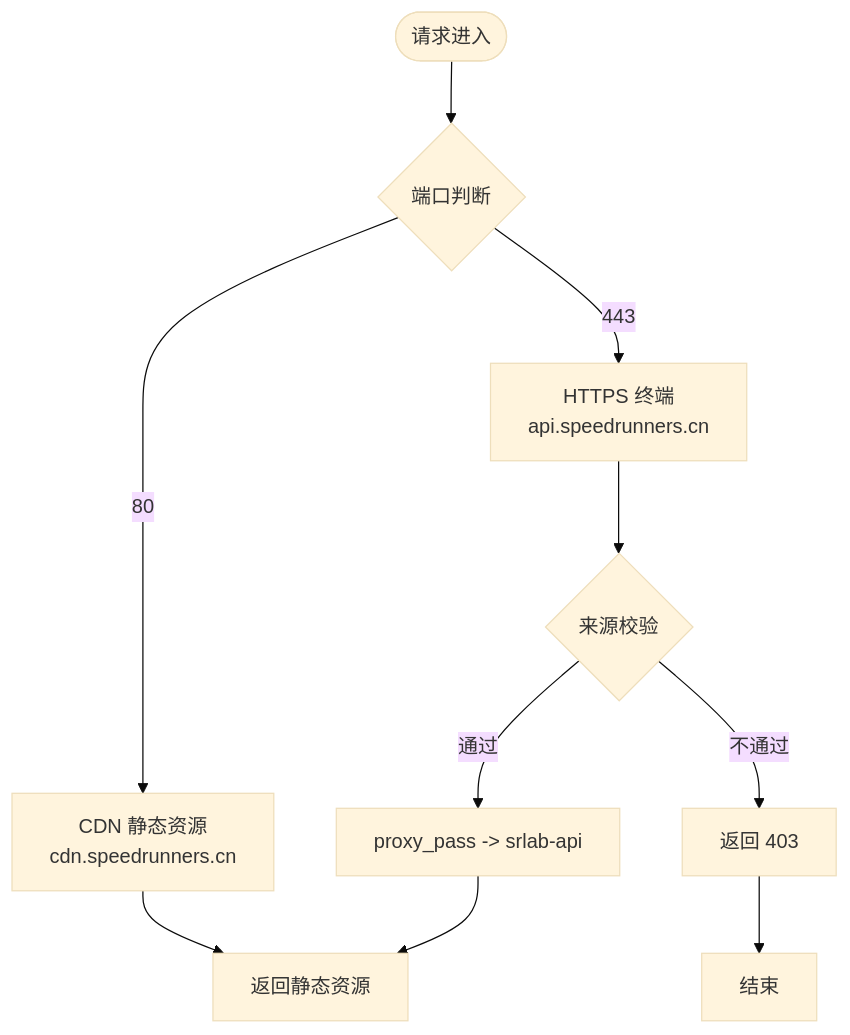
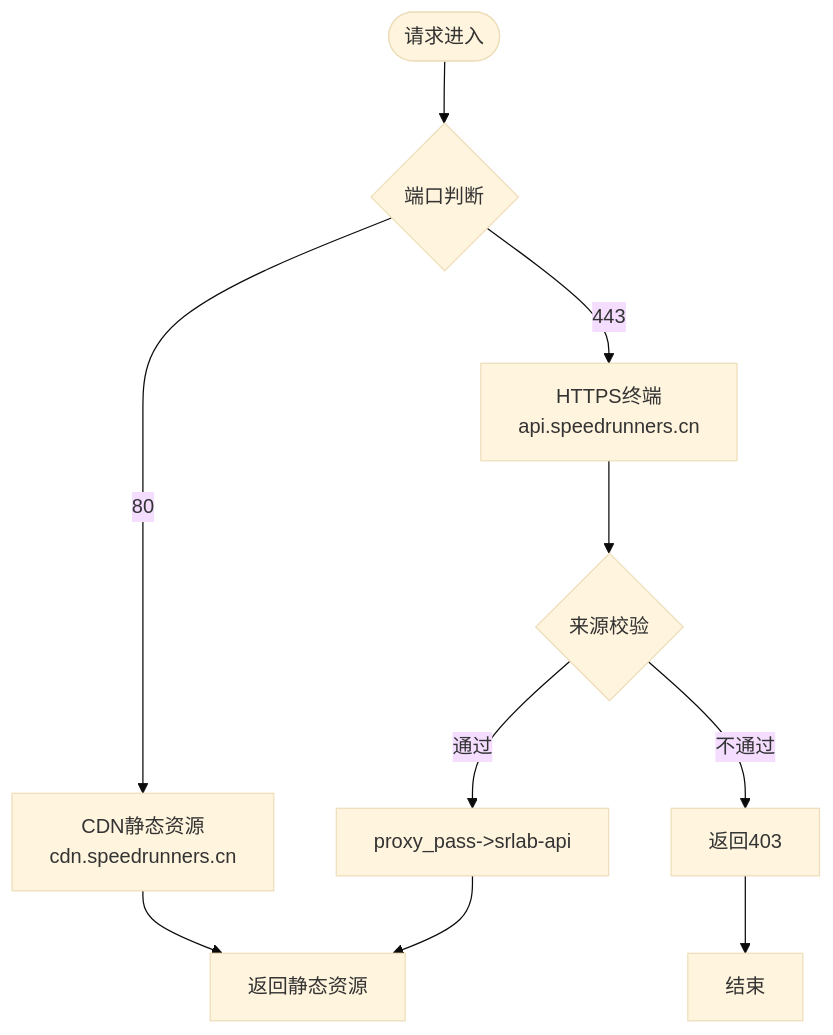
Before and after one commit to TinyMaD/SpeedRunnersLab: the third of 4 diagrams in .qoder/repowiki/zh/content/部署运维.md, drawn with Mermaid (base theme). The commit also changed other lines of this file and 5 other files, not shown here.

````diff
--- a/.qoder/repowiki/zh/content/部署运维.md
+++ b/.qoder/repowiki/zh/content/部署运维.md
@@ -170,12 +197,12 @@
 ```mermaid
 flowchart TD
 Start(["请求进入"]) --> Port{"端口判断"}
-Port --> |80| CDN["CDN 静态资源<br/>cdn.speedrunners.cn"]
-Port --> |443| APISSL["HTTPS 终端<br/>api.speedrunners.cn"]
+Port --> |80| CDN["CDN静态资源<br/>cdn.speedrunners.cn"]
+Port --> |443| APISSL["HTTPS终端<br/>api.speedrunners.cn"]
 CDN --> EndOK["返回静态资源"]
 APISSL --> Origin{"来源校验"}
-Origin --> |通过| Proxy["proxy_pass -> srlab-api"]
-Origin --> |不通过| Block["返回 403"]
+Origin --> |通过| Proxy["proxy_pass->srlab-api"]
+Origin --> |不通过| Block["返回403"]
 Proxy --> EndOK
 Block --> EndErr["结束"]
 ```
````
